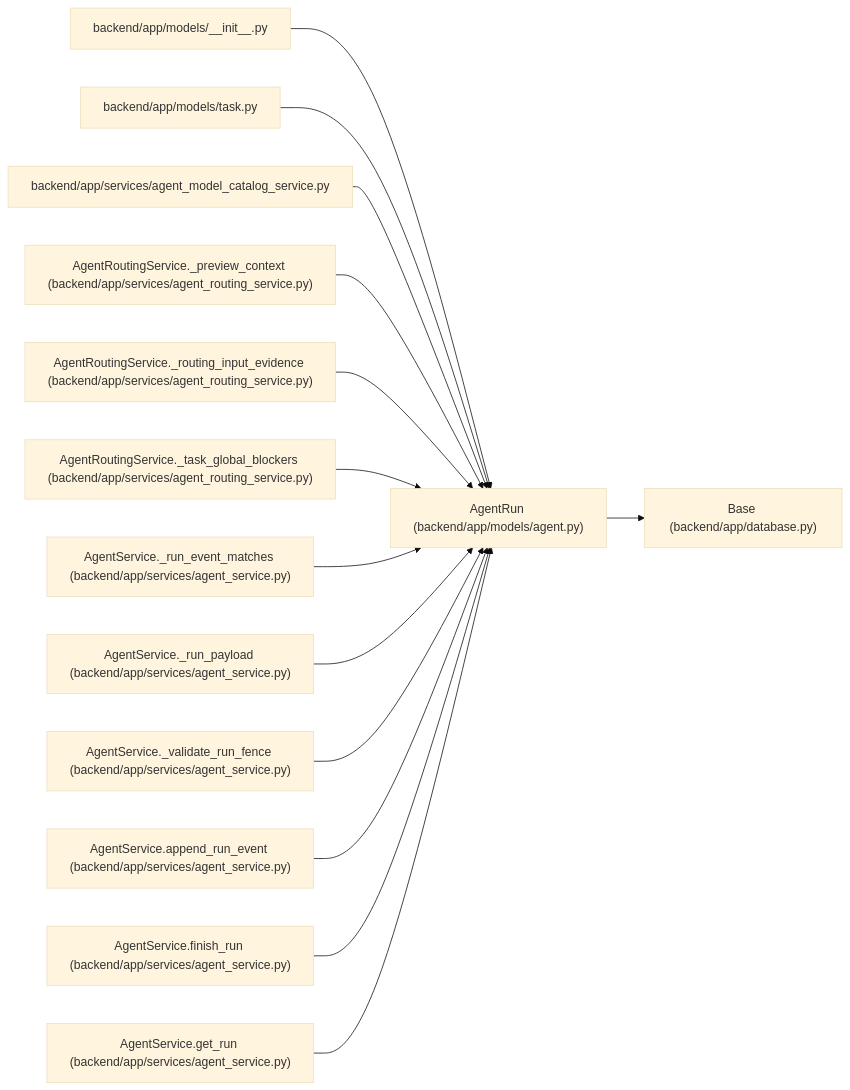
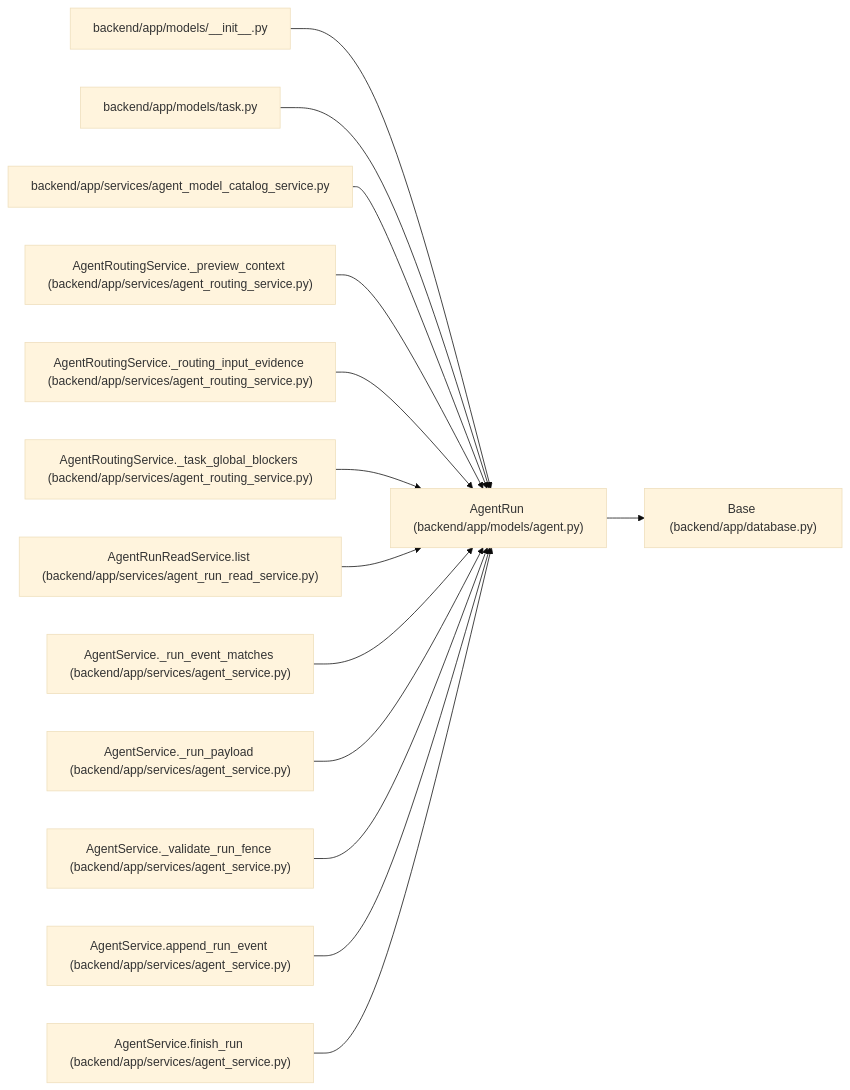
Before and after one commit to Denissvgn/WorkChord: the diagram in docs/llm_wiki/entities/models_agent_AgentRun.md, drawn with Mermaid (base theme). The commit also changed other lines of this file and 879 other files, not shown here.

````diff
--- a/docs/llm_wiki/entities/models_agent_AgentRun.md
+++ b/docs/llm_wiki/entities/models_agent_AgentRun.md
@@ -54,44 +56,44 @@
 ```mermaid
 flowchart LR
     n0["AgentRun (backend/app/models/agent.py)"]
     n1["Base (backend/app/database.py)"]
     n2["backend/app/models/__init__.py"]
     n3["backend/app/models/task.py"]
     n4["backend/app/services/agent_model_catalog_service.py"]
     n5["AgentRoutingService._preview_context (backend/app/services/agent_routing_service.py)"]
     n6["AgentRoutingService._routing_input_evidence (backend/app/services/agent_routing_service.py)"]
     n7["AgentRoutingService._task_global_blockers (backend/app/services/agent_routing_service.py)"]
-    n8["AgentService._run_event_matches (backend/app/services/agent_service.py)"]
-    n9["AgentService._run_payload (backend/app/services/agent_service.py)"]
-    n10["AgentService._validate_run_fence (backend/app/services/agent_service.py)"]
-    n11["AgentService.append_run_event (backend/app/services/agent_service.py)"]
-    n12["AgentService.finish_run (backend/app/services/agent_service.py)"]
-    n13["AgentService.get_run (backend/app/services/agent_service.py)"]
+    n8["AgentRunReadService.list (backend/app/services/agent_run_read_service.py)"]
+    n9["AgentService._run_event_matches (backend/app/services/agent_service.py)"]
+    n10["AgentService._run_payload (backend/app/services/agent_service.py)"]
+    n11["AgentService._validate_run_fence (backend/app/services/agent_service.py)"]
+    n12["AgentService.append_run_event (backend/app/services/agent_service.py)"]
+    n13["AgentService.finish_run (backend/app/services/agent_service.py)"]
     n0 --> n1
     n2 --> n0
     n3 --> n0
     n4 --> n0
     n5 --> n0
     n6 --> n0
     n7 --> n0
     n8 --> n0
     n9 --> n0
     n10 --> n0
     n11 --> n0
     n12 --> n0
     n13 --> n0
     click n0 "../modules/models_agent.md"
     click n1 "../modules/app_database.md"
     click n2 "../modules/models___init__.md"
     click n3 "../modules/models_task.md"
     click n4 "../modules/agent_model_catalog_service.md"
     click n5 "../modules/agent_routing_service.md"
     click n6 "../modules/agent_routing_service.md"
     click n7 "../modules/agent_routing_service.md"
-    click n8 "../modules/agent_service.md"
+    click n8 "../modules/agent_run_read_service.md"
     click n9 "../modules/agent_service.md"
     click n10 "../modules/agent_service.md"
     click n11 "../modules/agent_service.md"
     click n12 "../modules/agent_service.md"
     click n13 "../modules/agent_service.md"
 ```
````
